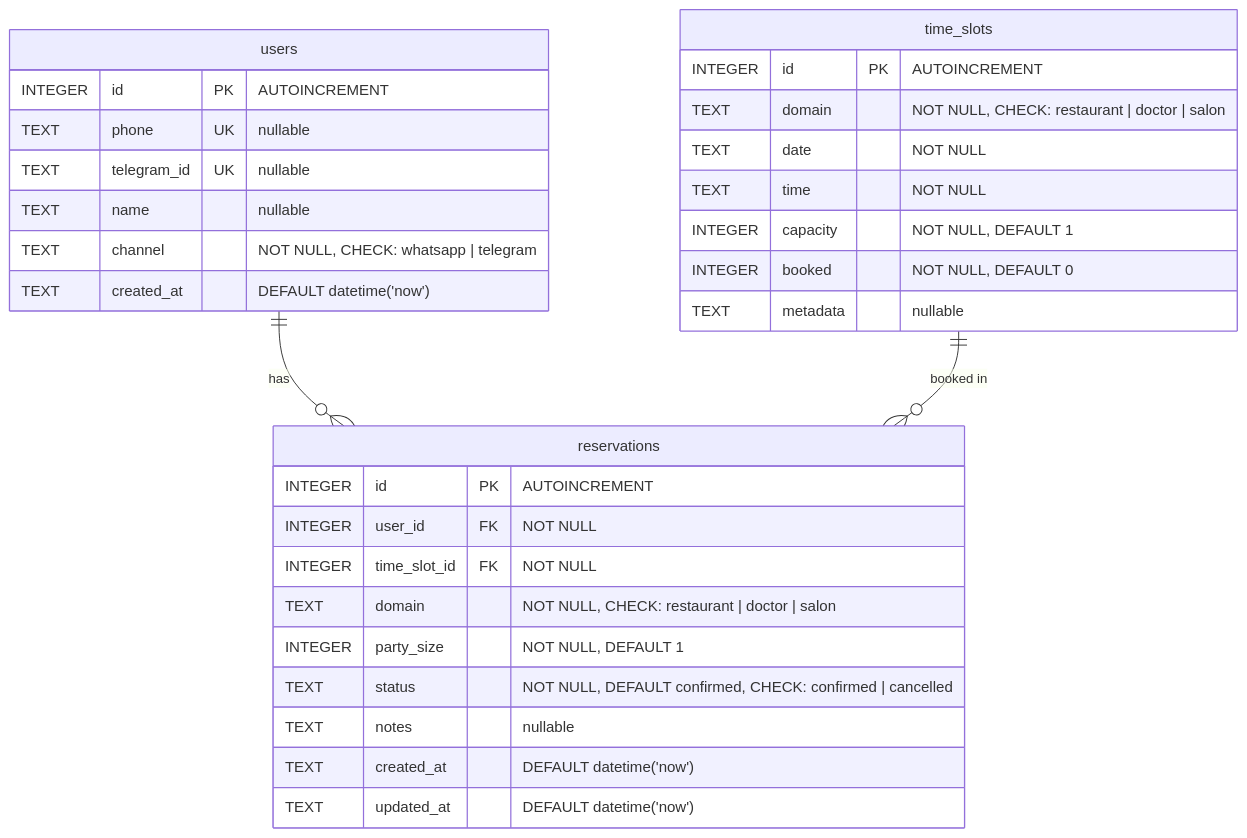
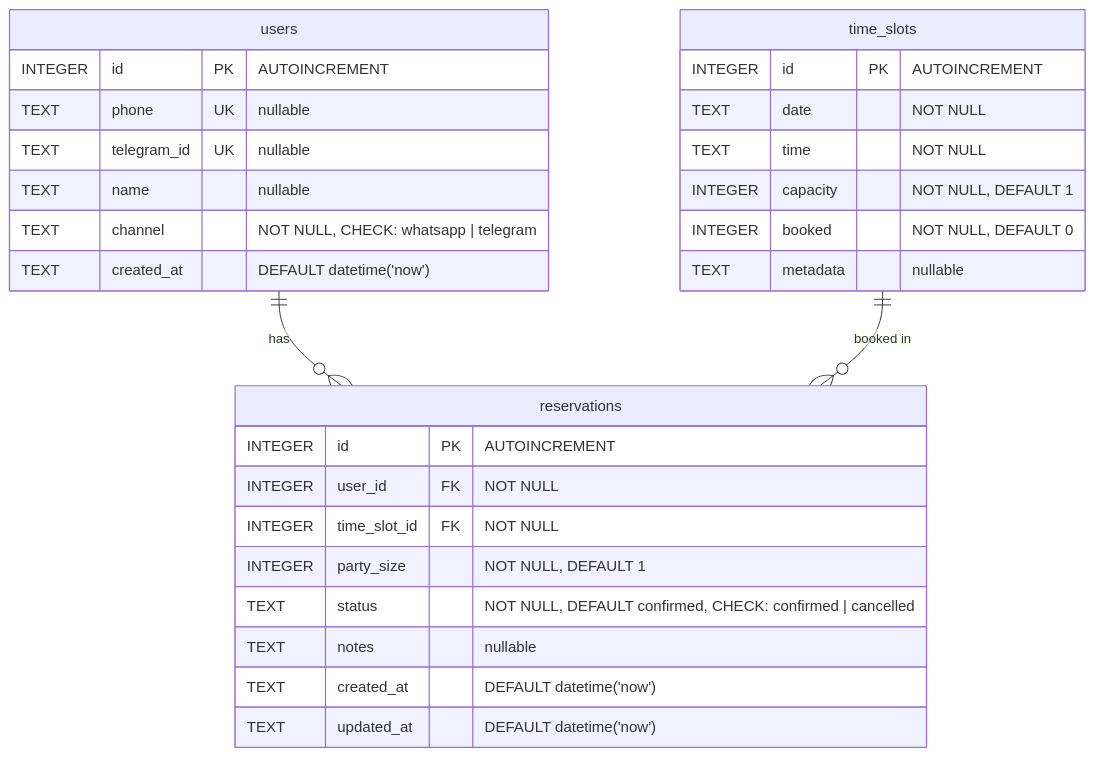
Before and after one commit to ccarcaci/rsvr: the second of 3 diagrams in architecture/20260302_general_architecture.md, drawn with Mermaid. The commit also changed other lines of this file and 21 other files, not shown here.

````diff
--- a/architecture/20260302_general_architecture.md
+++ b/architecture/20260302_general_architecture.md
@@ -145,36 +145,34 @@
 ```mermaid
 erDiagram
     users {
         INTEGER id PK "AUTOINCREMENT"
         TEXT phone UK "nullable"
         TEXT telegram_id UK "nullable"
         TEXT name "nullable"
         TEXT channel "NOT NULL, CHECK: whatsapp | telegram"
         TEXT created_at "DEFAULT datetime('now')"
     }
 
     time_slots {
         INTEGER id PK "AUTOINCREMENT"
-        TEXT domain "NOT NULL, CHECK: restaurant | doctor | salon"
         TEXT date "NOT NULL"
         TEXT time "NOT NULL"
         INTEGER capacity "NOT NULL, DEFAULT 1"
         INTEGER booked "NOT NULL, DEFAULT 0"
         TEXT metadata "nullable"
     }
 
     reservations {
         INTEGER id PK "AUTOINCREMENT"
         INTEGER user_id FK "NOT NULL"
         INTEGER time_slot_id FK "NOT NULL"
-        TEXT domain "NOT NULL, CHECK: restaurant | doctor | salon"
         INTEGER party_size "NOT NULL, DEFAULT 1"
         TEXT status "NOT NULL, DEFAULT confirmed, CHECK: confirmed | cancelled"
         TEXT notes "nullable"
         TEXT created_at "DEFAULT datetime('now')"
         TEXT updated_at "DEFAULT datetime('now')"
     }
 
     users ||--o{ reservations : "has"
     time_slots ||--o{ reservations : "booked in"
 ```
````
